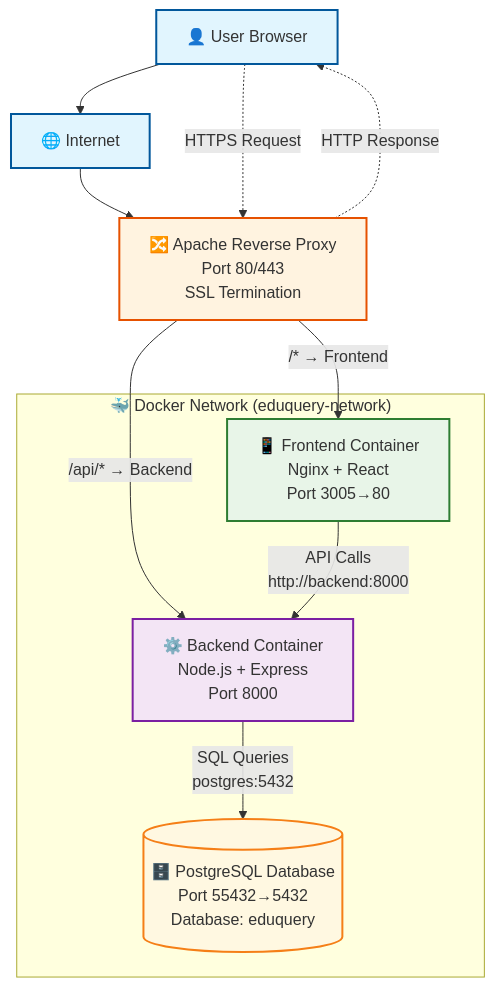
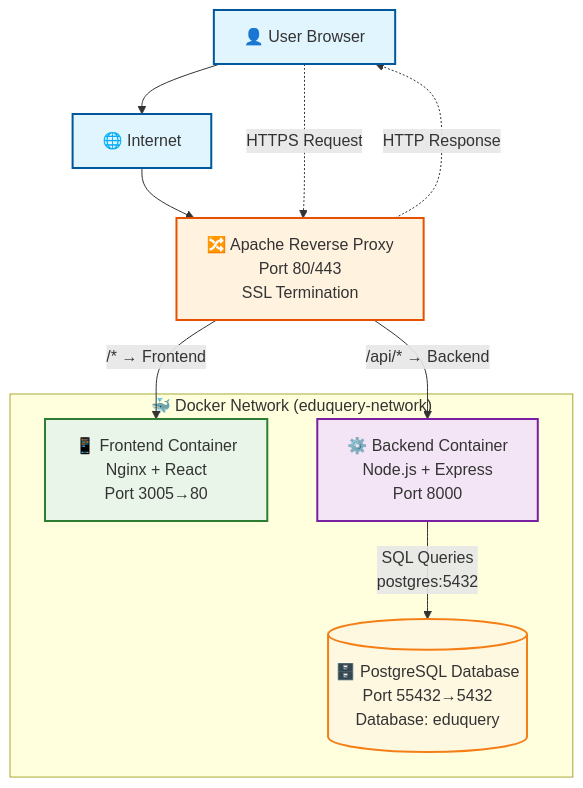
One commit to EduAI-Lab/Question-Maker changed the first of 2 diagrams in docs/ARCHITECTURE.md. Above: the diagram before and after it, drawn with Mermaid. The commit also changed other lines of this file, not shown here.

Commit message:
minor architecture note

````diff
--- a/docs/ARCHITECTURE.md
+++ b/docs/ARCHITECTURE.md
@@ -309,50 +314,49 @@
 ```mermaid
 graph TB
     %% External Layer
     User[👤 User Browser]
     Internet[🌐 Internet]
     
     %% Apache Reverse Proxy
     Apache[🔀 Apache Reverse Proxy<br/>Port 80/443<br/>SSL Termination]
     
     %% Docker Network
     subgraph Docker["🐳 Docker Network (eduquery-network)"]
         %% Frontend Container
         Frontend[📱 Frontend Container<br/>Nginx + React<br/>Port 3005→80]
         
         %% Backend Container
         Backend[⚙️ Backend Container<br/>Node.js + Express<br/>Port 8000]
         
         %% Database Container
         Database[(🗄️ PostgreSQL Database<br/>Port 55432→5432<br/>Database: eduquery)]
     end
     
     %% Request Flow
     User --> Internet
     Internet --> Apache
     
     %% Apache Routing
     Apache -->|"/api/* → Backend"| Backend
     Apache -->|"/* → Frontend"| Frontend
     
     %% Internal Communication
-    Frontend -->|"API Calls<br/>http://backend:8000"| Backend
     Backend -->|"SQL Queries<br/>postgres:5432"| Database
     
     %% Data Flow Labels
     User -.->|"HTTPS Request"| Apache
     Apache -.->|"HTTP Response"| User
     
     %% Styling
     classDef external fill:#e1f5fe,stroke:#01579b,stroke-width:2px
     classDef proxy fill:#fff3e0,stroke:#e65100,stroke-width:2px
     classDef frontend fill:#e8f5e8,stroke:#2e7d32,stroke-width:2px
     classDef backend fill:#f3e5f5,stroke:#7b1fa2,stroke-width:2px
     classDef database fill:#fff8e1,stroke:#f57f17,stroke-width:2px
     
     class User,Internet external
     class Apache proxy
     class Frontend frontend
     class Backend backend
     class Database database
 ```
````
